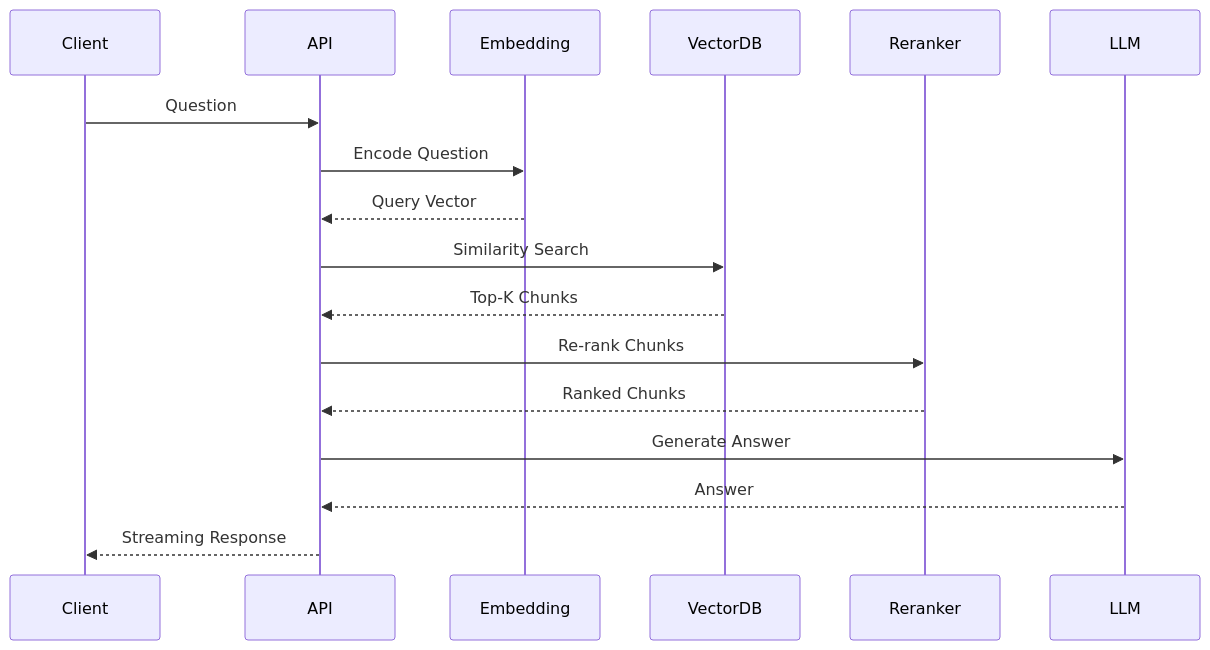
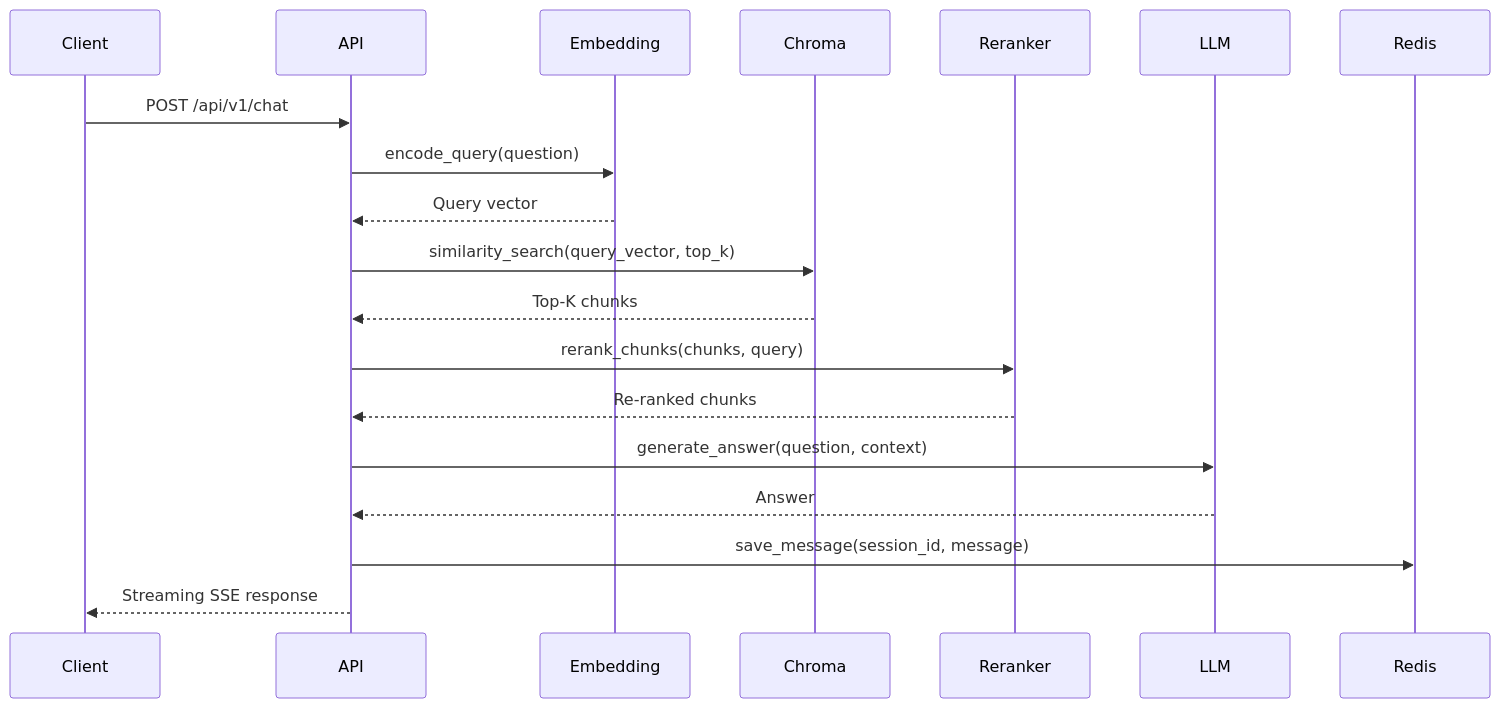
Before and after one commit to gaosanliukoushui/smart_rag: the sixth of 6 diagrams in docs/architecture.md, drawn with Mermaid. The commit also changed other lines of this file and 62 other files, not shown here.

````diff
--- a/docs/architecture.md
+++ b/docs/architecture.md
@@ -126,20 +214,22 @@
 ```mermaid
 sequenceDiagram
     participant Client
     participant API
     participant Embedding
-    participant VectorDB
+    participant Chroma
     participant Reranker
     participant LLM
+    participant Redis
 
-    Client->>API: Question
-    API->>Embedding: Encode Question
-    Embedding-->>API: Query Vector
-    API->>VectorDB: Similarity Search
-    VectorDB-->>API: Top-K Chunks
-    API->>Reranker: Re-rank Chunks
-    Reranker-->>API: Ranked Chunks
-    API->>LLM: Generate Answer
+    Client->>API: POST /api/v1/chat
+    API->>Embedding: encode_query(question)
+    Embedding-->>API: Query vector
+    API->>Chroma: similarity_search(query_vector, top_k)
+    Chroma-->>API: Top-K chunks
+    API->>Reranker: rerank_chunks(chunks, query)
+    Reranker-->>API: Re-ranked chunks
+    API->>LLM: generate_answer(question, context)
     LLM-->>API: Answer
-    API-->>Client: Streaming Response
+    API->>Redis: save_message(session_id, message)
+    API-->>Client: Streaming SSE response
 ```
````
